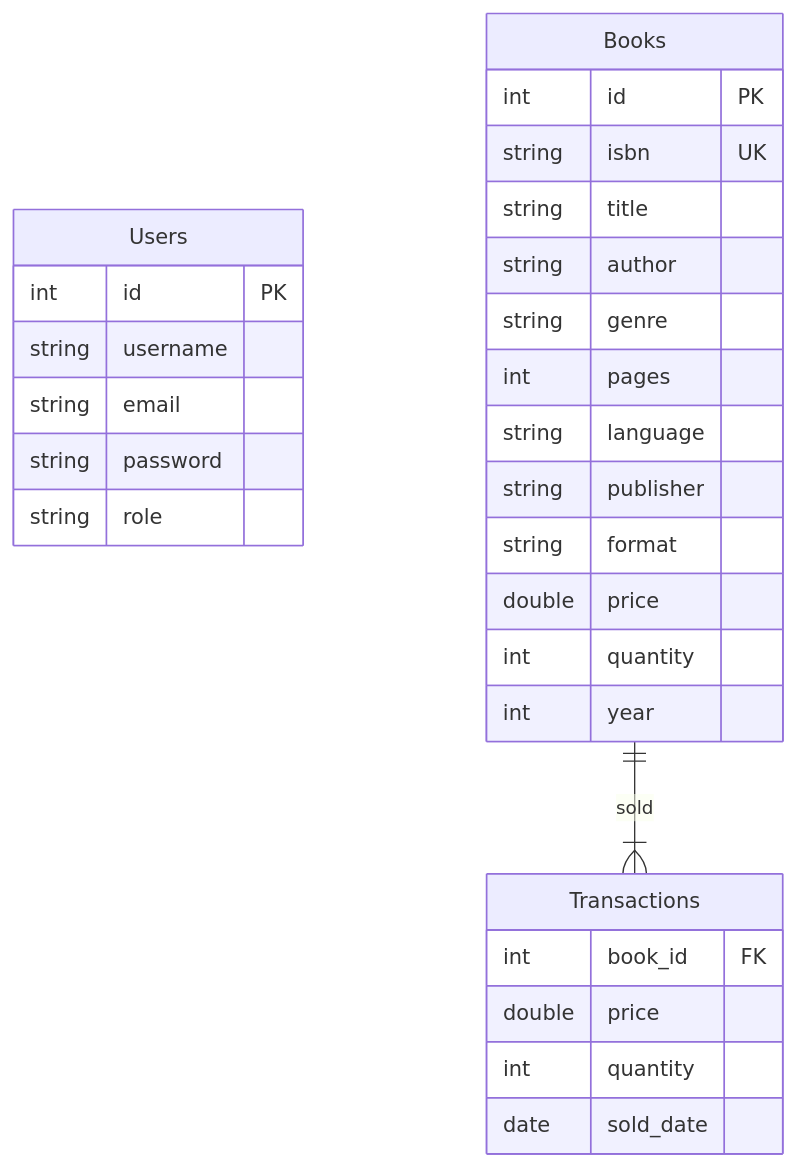
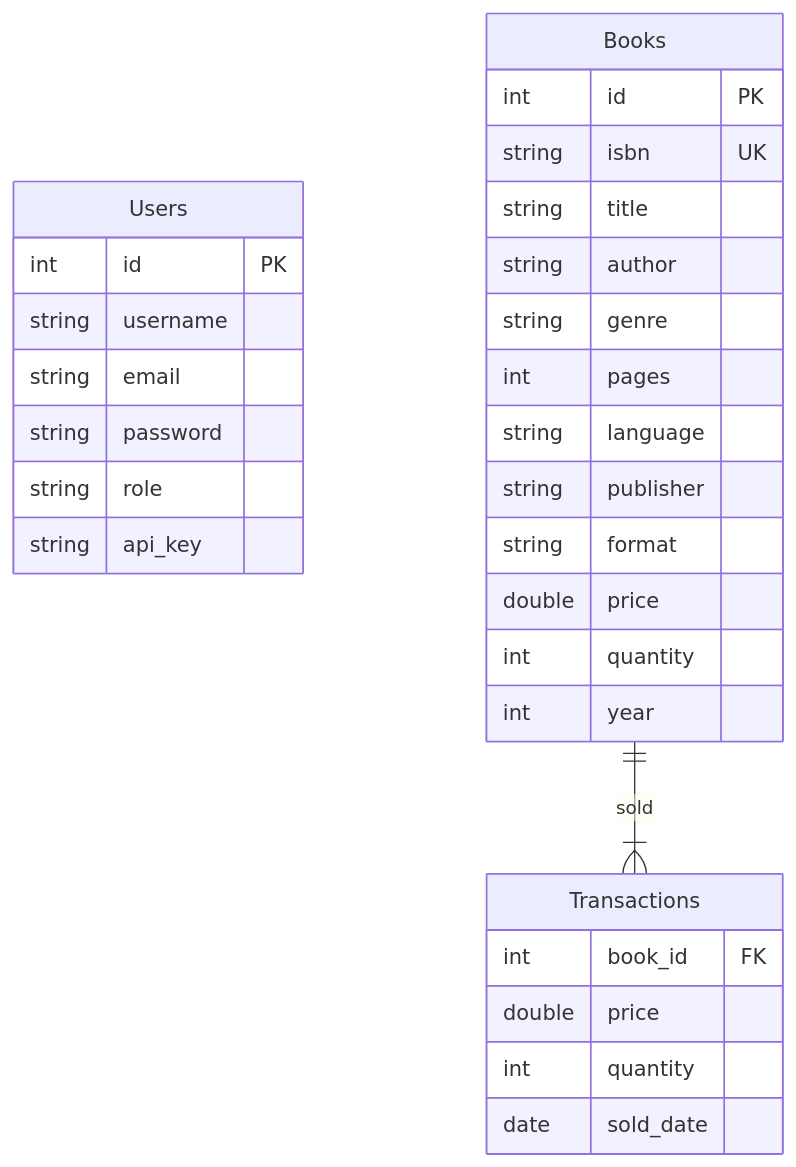
One commit to Aso-Ali-Awrahman/PHP-Book-Store-API changed the diagram in public/database design.md. Above: the diagram before and after it, drawn with Mermaid. The commit also changed 2 other files, not shown here.

Commit message:
added transaction endpoint with database change

````diff
--- a/public/database design.md
+++ b/public/database design.md
@@ -1,35 +1,36 @@
 ```mermaid
 erDiagram
 	
 	Users {
 		int id PK
 		string username
 		string email
 		string password
 		string role
+		string api_key
 	}
 	
 	Books { 
 	int id PK
 	string isbn UK
 	string title 
 	string author  
 	string genre 
 	int pages 
 	string language 
 	string publisher 
 	string format
 	double price
 	int quantity
 	int year
 }
 
 Transactions {
 	int book_id FK
 	double price
 	int quantity
 	date sold_date
 }
  
 Books ||--|{ Transactions: sold
 ```
````
